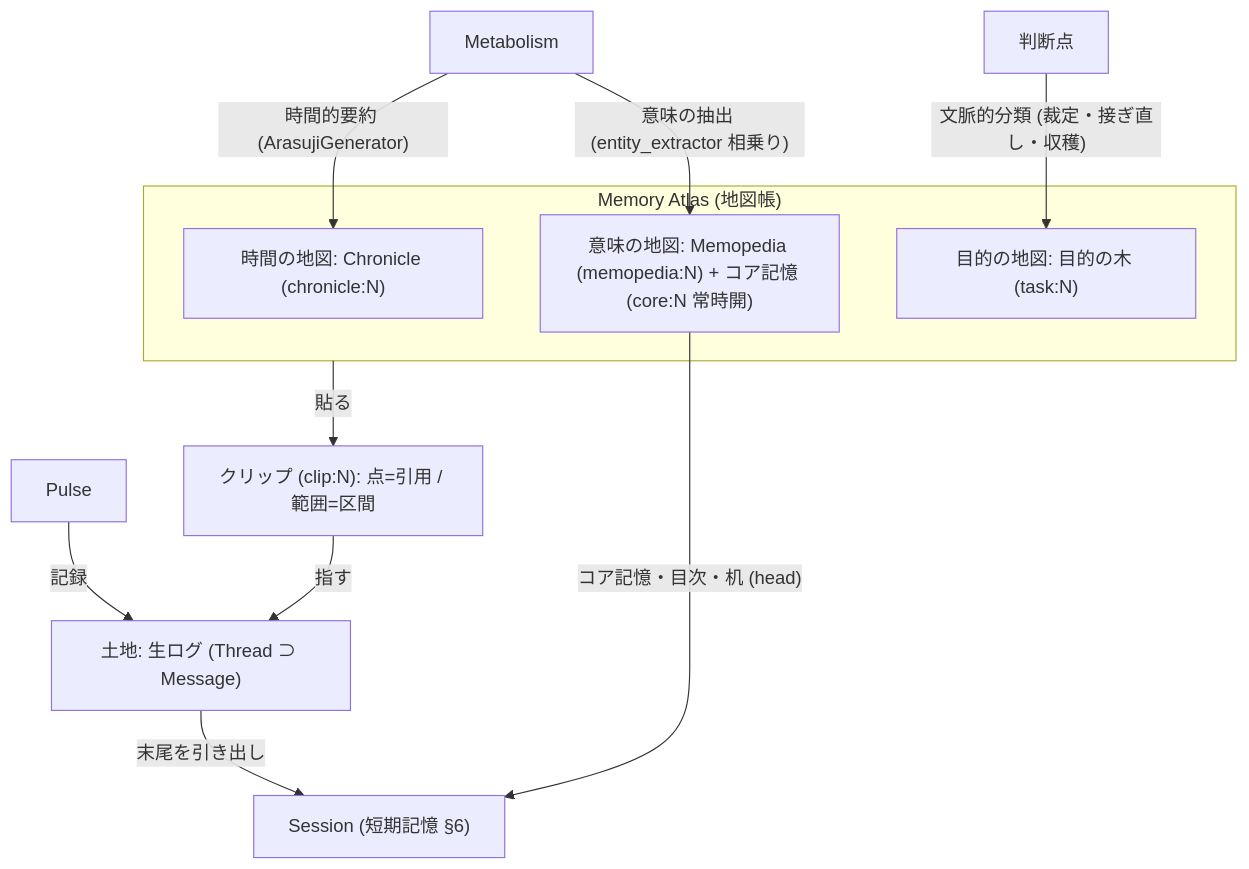
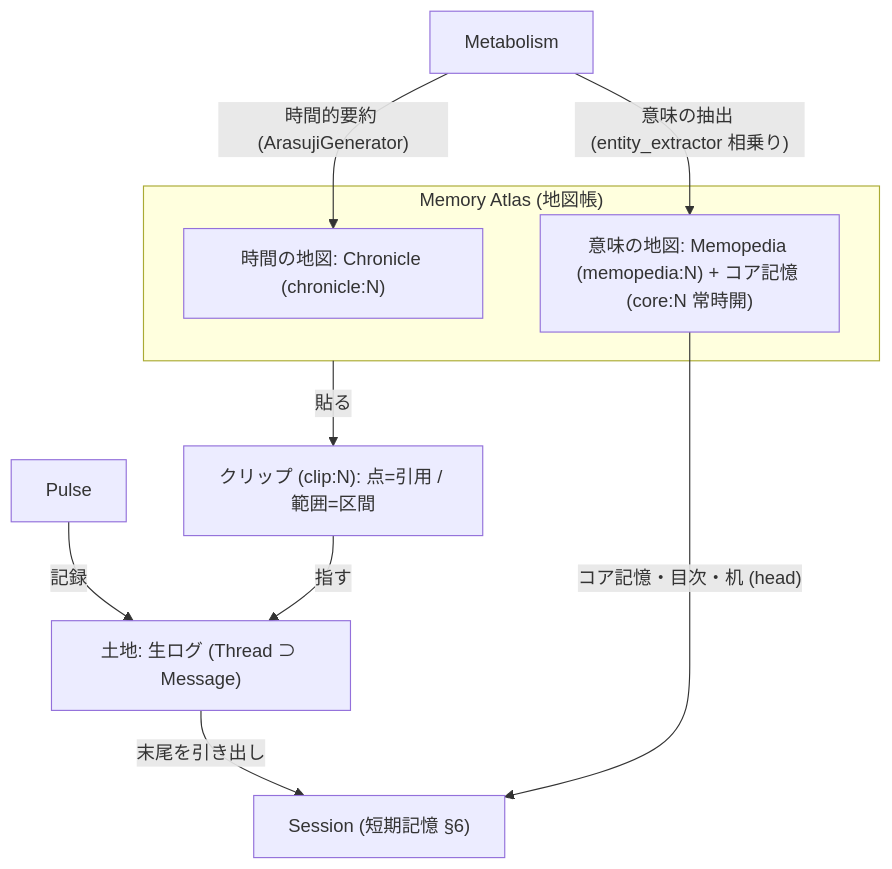
One commit to maha0525/SAIVerse changed the fifth of 7 diagrams in docs/overview/landscape.md. Above: the diagram before and after it, drawn with Mermaid. The commit also changed other lines of this file and 19 other files, not shown here.

````diff
--- a/docs/overview/landscape.md
+++ b/docs/overview/landscape.md
@@ -295,18 +296,16 @@
 ```mermaid
 graph TD
     Land["土地: 生ログ (Thread ⊃ Message)"]
     subgraph Atlas["Memory Atlas (地図帳)"]
         TimeMap["時間の地図: Chronicle (chronicle:N)"]
         MeaningMap["意味の地図: Memopedia (memopedia:N) + コア記憶 (core:N 常時開)"]
-        PurposeMap["目的の地図: 目的の木 (task:N)"]
     end
     Photo["クリップ (clip:N): 点=引用 / 範囲=区間"]
     Pulse -->|記録| Land
     Metabolism -->|"時間的要約 (ArasujiGenerator)"| TimeMap
     Metabolism -->|"意味の抽出 (entity_extractor 相乗り)"| MeaningMap
-    JudgmentPoints["判断点"] -->|"文脈的分類 (裁定・接ぎ直し・収穫)"| PurposeMap
     Atlas -->|貼る| Photo
     Photo -->|指す| Land
     Land -->|末尾を引き出し| Session["Session (短期記憶 §6)"]
     MeaningMap -->|"コア記憶・目次・机 (head)"| Session
 ```
````
